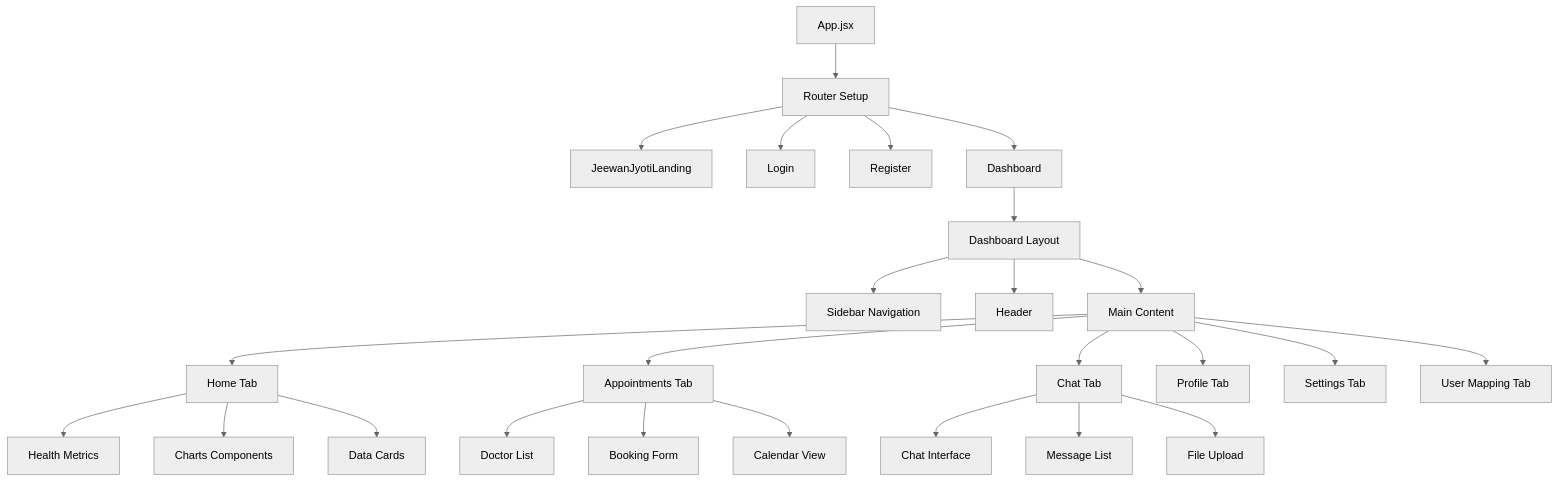
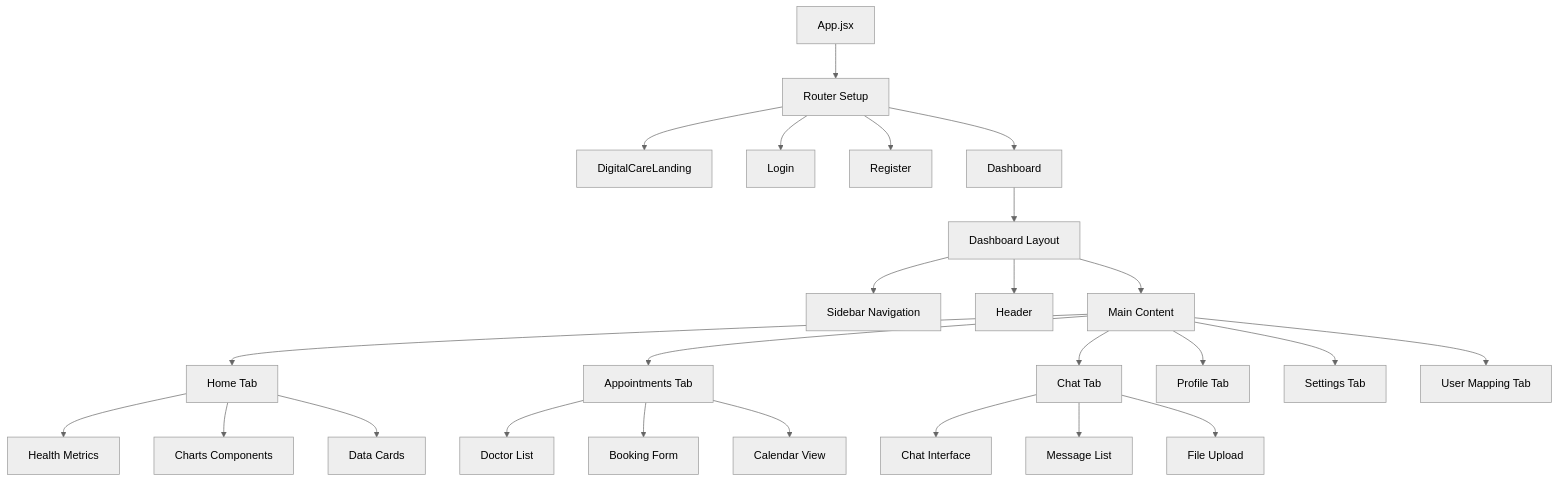
The seventh of 23 diagrams in USER_MANUAL_CHARTS.md (MaheshKC0909/jeewanjyoti_preorder-site), drawn with Mermaid (neutral theme) before and after one commit. The commit also changed other lines of this file and 23 other files, not shown here.

````diff
--- a/USER_MANUAL_CHARTS.md
+++ b/USER_MANUAL_CHARTS.md
@@ -201,32 +201,32 @@
 ```mermaid
 graph TD
     A[App.jsx] --> B[Router Setup]
-    B --> C[JeewanJyotiLanding]
+    B --> C[DigitalCareLanding]
     B --> D[Login]
     B --> E[Register]
     B --> F[Dashboard]
     
     F --> G[Dashboard Layout]
     G --> H[Sidebar Navigation]
     G --> I[Header]
     G --> J[Main Content]
     
     J --> K[Home Tab]
     J --> L[Appointments Tab]
     J --> M[Chat Tab]
     J --> N[Profile Tab]
     J --> O[Settings Tab]
     J --> P[User Mapping Tab]
     
     K --> Q[Health Metrics]
     K --> R[Charts Components]
     K --> S[Data Cards]
     
     L --> T[Doctor List]
     L --> U[Booking Form]
     L --> V[Calendar View]
     
     M --> W[Chat Interface]
     M --> X[Message List]
     M --> Y[File Upload]
 ```
````
